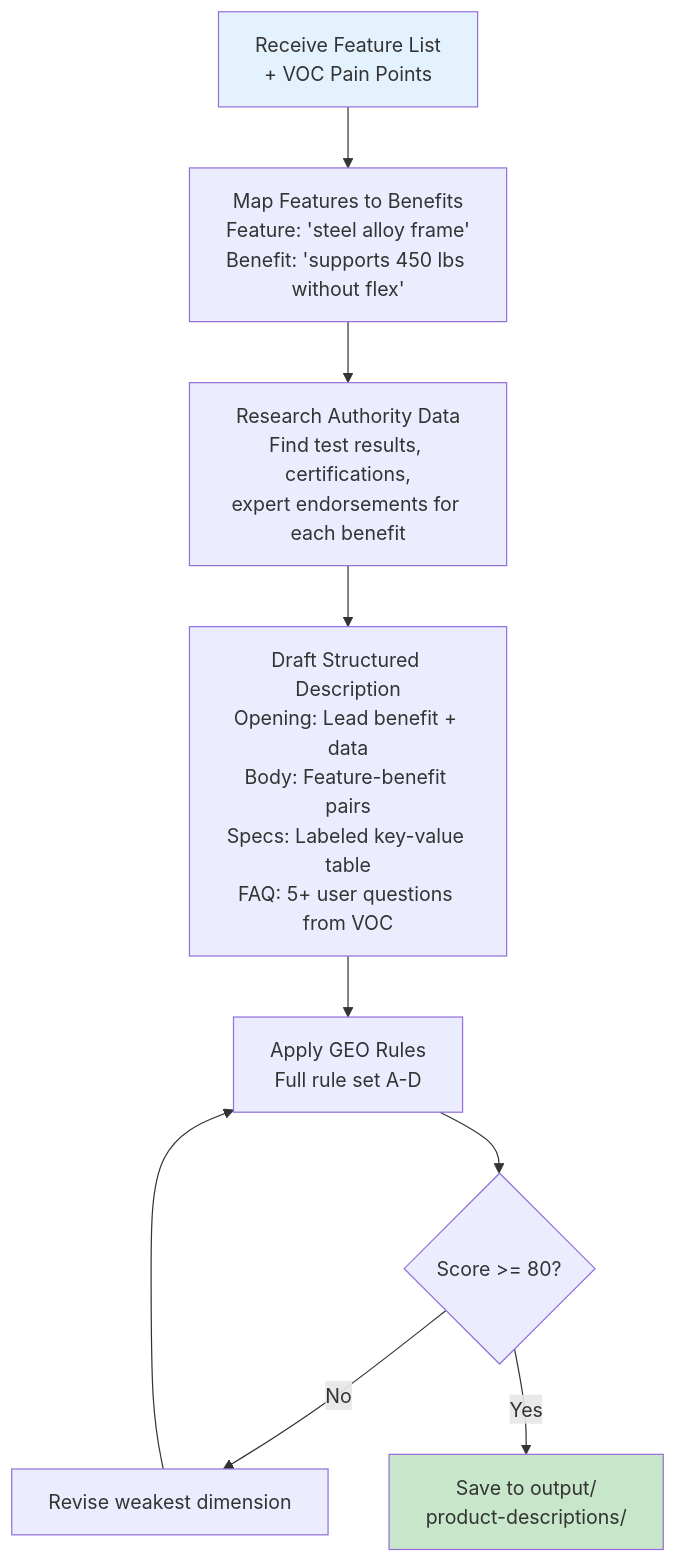
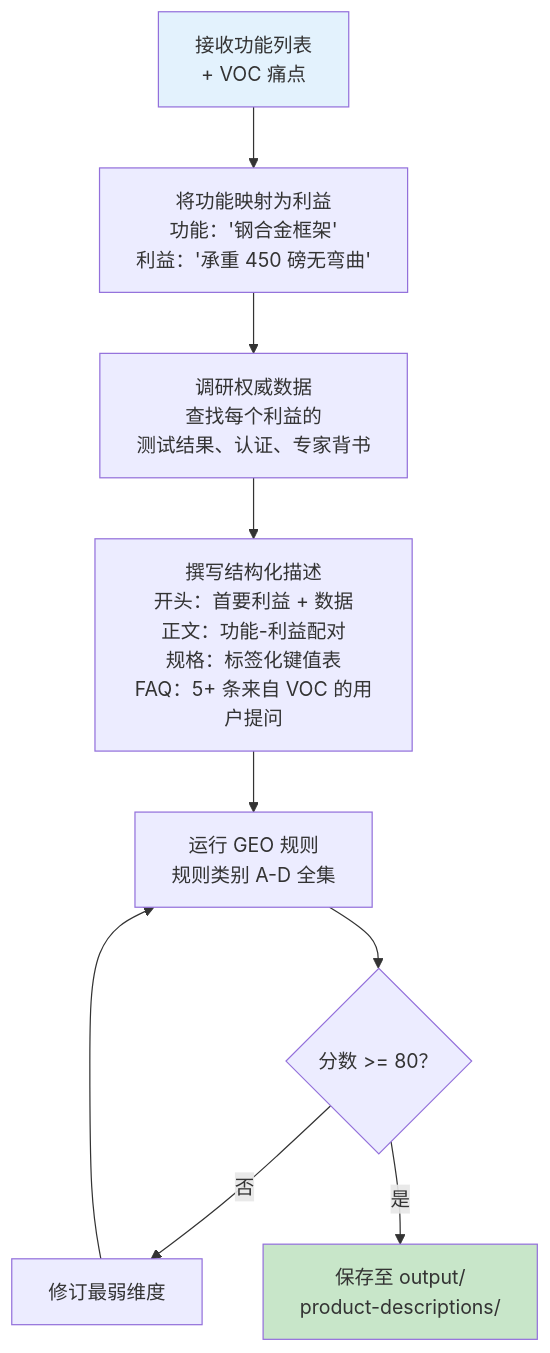
The third of 4 diagrams in plans/PLAN-geo-optimizer.md (chan-kinghin/e-commerce-claw), drawn with Mermaid before and after one commit. The commit also changed other lines of this file and 55 other files, not shown here.

````diff
--- a/plans/PLAN-geo-optimizer.md
+++ b/plans/PLAN-geo-optimizer.md
@@ -360,20 +360,20 @@
 ```mermaid
 graph TD
-    A["Receive Feature List<br/>+ VOC Pain Points"] --> B["Map Features to Benefits<br/>Feature: 'steel alloy frame'<br/>Benefit: 'supports 450 lbs without flex'"]
+    A["接收功能列表<br/>+ VOC 痛点"] --> B["将功能映射为利益<br/>功能：'钢合金框架'<br/>利益：'承重 450 磅无弯曲'"]
 
-    B --> C["Research Authority Data<br/>Find test results, certifications,<br/>expert endorsements for each benefit"]
+    B --> C["调研权威数据<br/>查找每个利益的<br/>测试结果、认证、专家背书"]
 
-    C --> D["Draft Structured Description<br/>Opening: Lead benefit + data<br/>Body: Feature-benefit pairs<br/>Specs: Labeled key-value table<br/>FAQ: 5+ user questions from VOC"]
+    C --> D["撰写结构化描述<br/>开头：首要利益 + 数据<br/>正文：功能-利益配对<br/>规格：标签化键值表<br/>FAQ：5+ 条来自 VOC 的用户提问"]
 
-    D --> E["Apply GEO Rules<br/>Full rule set A-D"]
+    D --> E["运行 GEO 规则<br/>规则类别 A-D 全集"]
 
-    E --> F{Score >= 80?}
+    E --> F{分数 >= 80？}
 
-    F -->|No| G["Revise weakest dimension"]
+    F -->|否| G["修订最弱维度"]
     G --> E
 
-    F -->|Yes| H["Save to output/<br/>product-descriptions/"]
+    F -->|是| H["保存至 output/<br/>product-descriptions/"]
 
     style A fill:#E3F2FD
     style H fill:#C8E6C9
 ```
````
